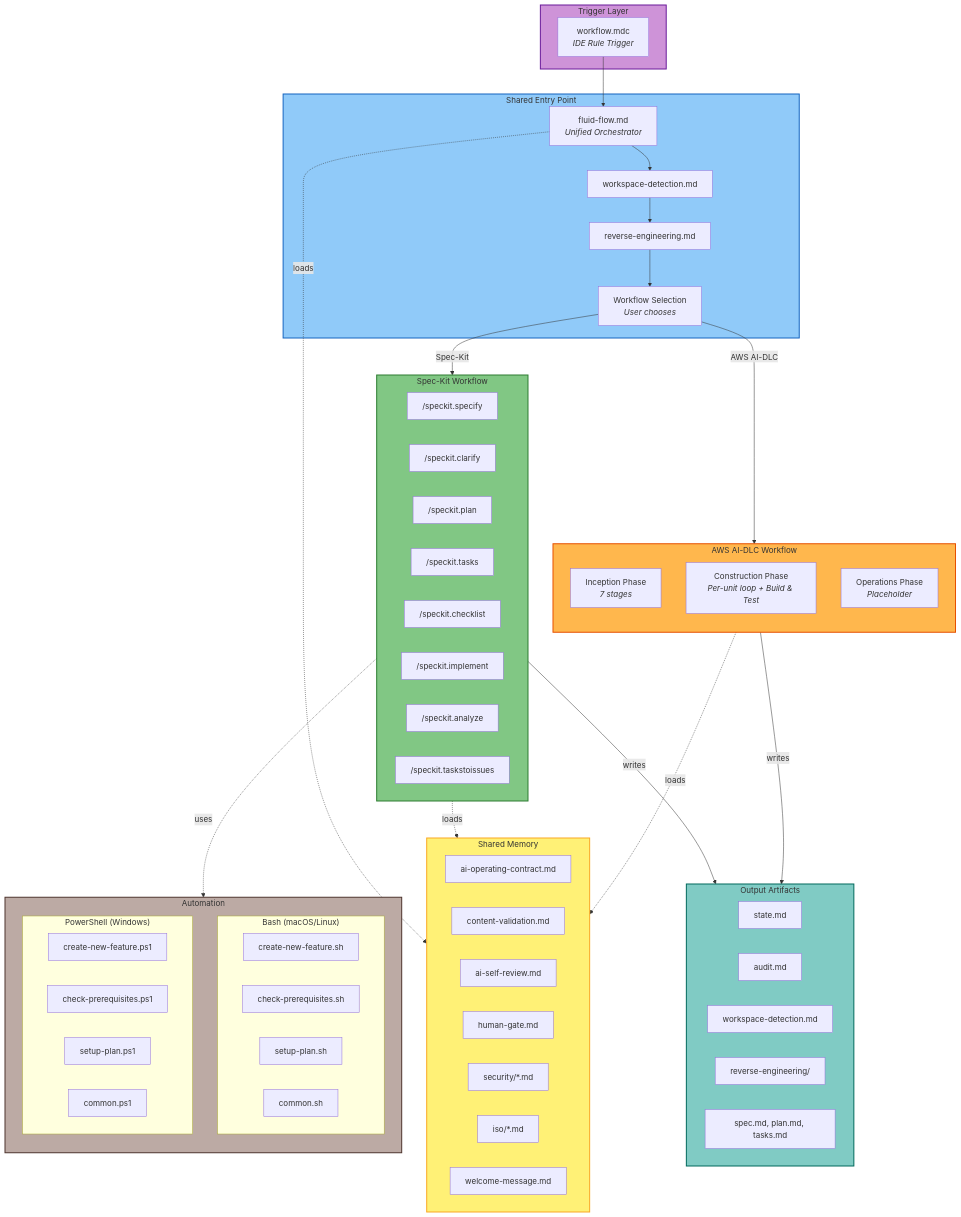
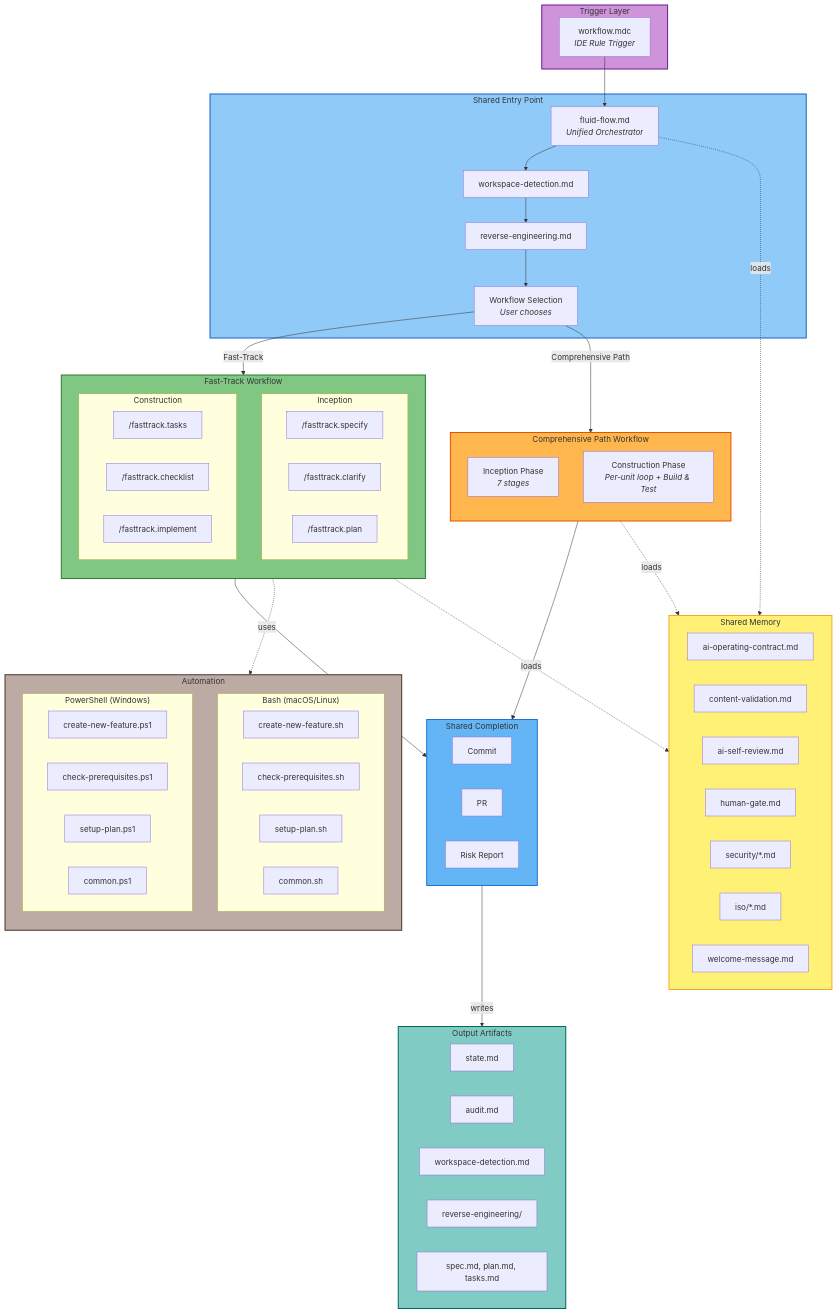
Before and after one commit to premkumarjanagarajan/fluid-flow-ai: the second of 3 diagrams in docs/ARCHITECTURE.md, drawn with Mermaid. The commit also changed other lines of this file and 105 other files, not shown here.

````diff
--- a/docs/ARCHITECTURE.md
+++ b/docs/ARCHITECTURE.md
@@ -53,22 +53,30 @@
         WM["welcome-message.md"]
     end
 
-    subgraph SPECKIT["Spec-Kit Workflow"]
-        SS["/speckit.specify"]
-        SC["/speckit.clarify"]
-        SP["/speckit.plan"]
-        ST["/speckit.tasks"]
-        SCH["/speckit.checklist"]
-        SI["/speckit.implement"]
-        SA["/speckit.analyze"]
-        STI["/speckit.taskstoissues"]
+    subgraph FASTTRACK["Fast-Track Workflow"]
+        direction TB
+        subgraph FT_INC["Inception"]
+            SS["/fasttrack.specify"]
+            SC["/fasttrack.clarify"]
+            SP["/fasttrack.plan"]
+        end
+        subgraph FT_CON["Construction"]
+            ST["/fasttrack.tasks"]
+            SCH["/fasttrack.checklist"]
+            SI["/fasttrack.implement"]
+        end
     end
 
-    subgraph AIDLC["AWS AI-DLC Workflow"]
+    subgraph COMPREHENSIVE["Comprehensive Path Workflow"]
         direction TB
         INC["Inception Phase<br/><i>7 stages</i>"]
         CON["Construction Phase<br/><i>Per-unit loop + Build & Test</i>"]
-        OPS["Operations Phase<br/><i>Placeholder</i>"]
+    end
+
+    subgraph COMPLETION["Shared Completion"]
+        COMMIT["Commit"]
+        PR["PR"]
+        RR["Risk Report"]
     end
 
     subgraph SCRIPTS["Automation"]
@@ -98,19 +106,21 @@
     MDC --> FF
     FF --> WD --> RE --> WS
     FF -.->|loads| MEMORY
-    WS -->|"Spec-Kit"| SPECKIT
-    WS -->|"AWS AI-DLC"| AIDLC
-    SPECKIT -.->|uses| SCRIPTS
-    SPECKIT -.->|loads| MEMORY
-    AIDLC -.->|loads| MEMORY
-    SPECKIT -->|writes| ARTIFACTS
-    AIDLC -->|writes| ARTIFACTS
+    WS -->|"Fast-Track"| FASTTRACK
+    WS -->|"Comprehensive Path"| COMPREHENSIVE
+    FASTTRACK --> COMPLETION
+    COMPREHENSIVE --> COMPLETION
+    FASTTRACK -.->|uses| SCRIPTS
+    FASTTRACK -.->|loads| MEMORY
+    COMPREHENSIVE -.->|loads| MEMORY
+    COMPLETION -->|writes| ARTIFACTS
 
     style TRIGGER fill:#CE93D8,stroke:#6A1B9A,stroke-width:2px
     style ENTRY fill:#90CAF9,stroke:#1565C0,stroke-width:2px
     style MEMORY fill:#FFF176,stroke:#F9A825,stroke-width:2px
-    style SPECKIT fill:#81C784,stroke:#2E7D32,stroke-width:2px
-    style AIDLC fill:#FFB74D,stroke:#E65100,stroke-width:2px
+    style FASTTRACK fill:#81C784,stroke:#2E7D32,stroke-width:2px
+    style COMPREHENSIVE fill:#FFB74D,stroke:#E65100,stroke-width:2px
+    style COMPLETION fill:#64B5F6,stroke:#1976D2,stroke-width:2px
     style SCRIPTS fill:#BCAAA4,stroke:#4E342E,stroke-width:2px
     style ARTIFACTS fill:#80CBC4,stroke:#00695C,stroke-width:2px
 ```
````
